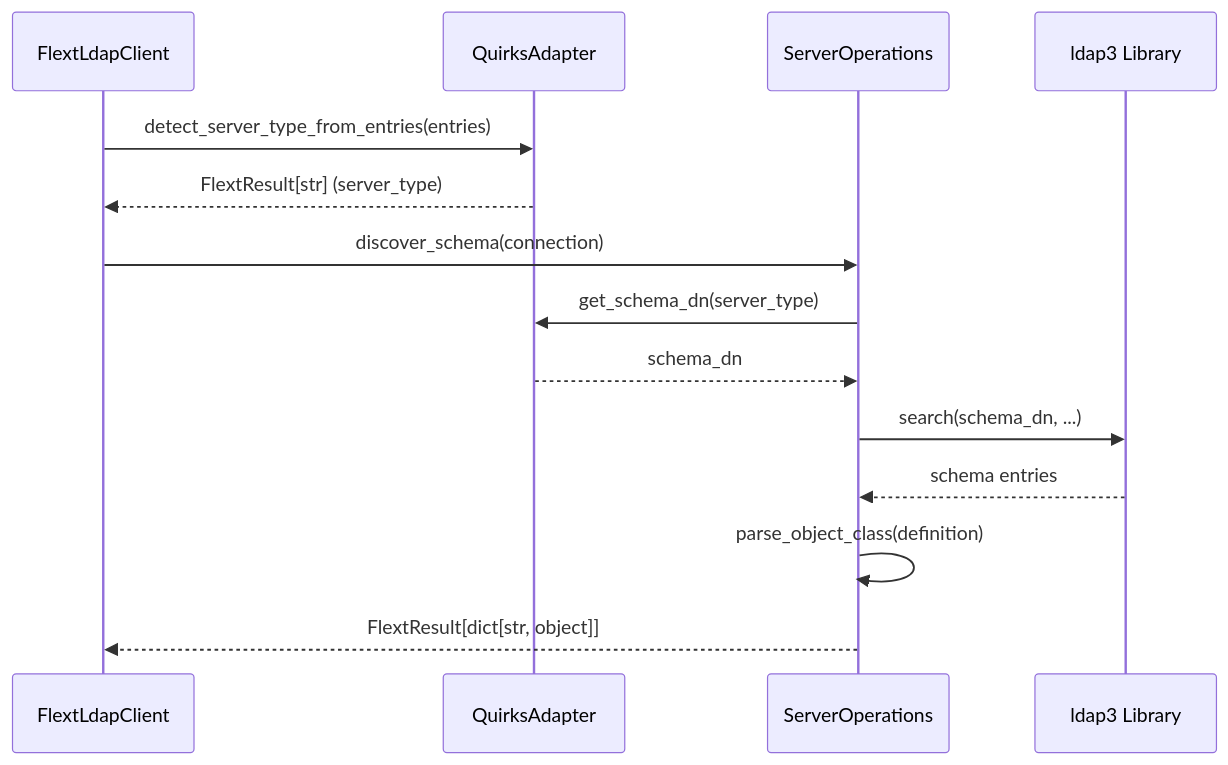
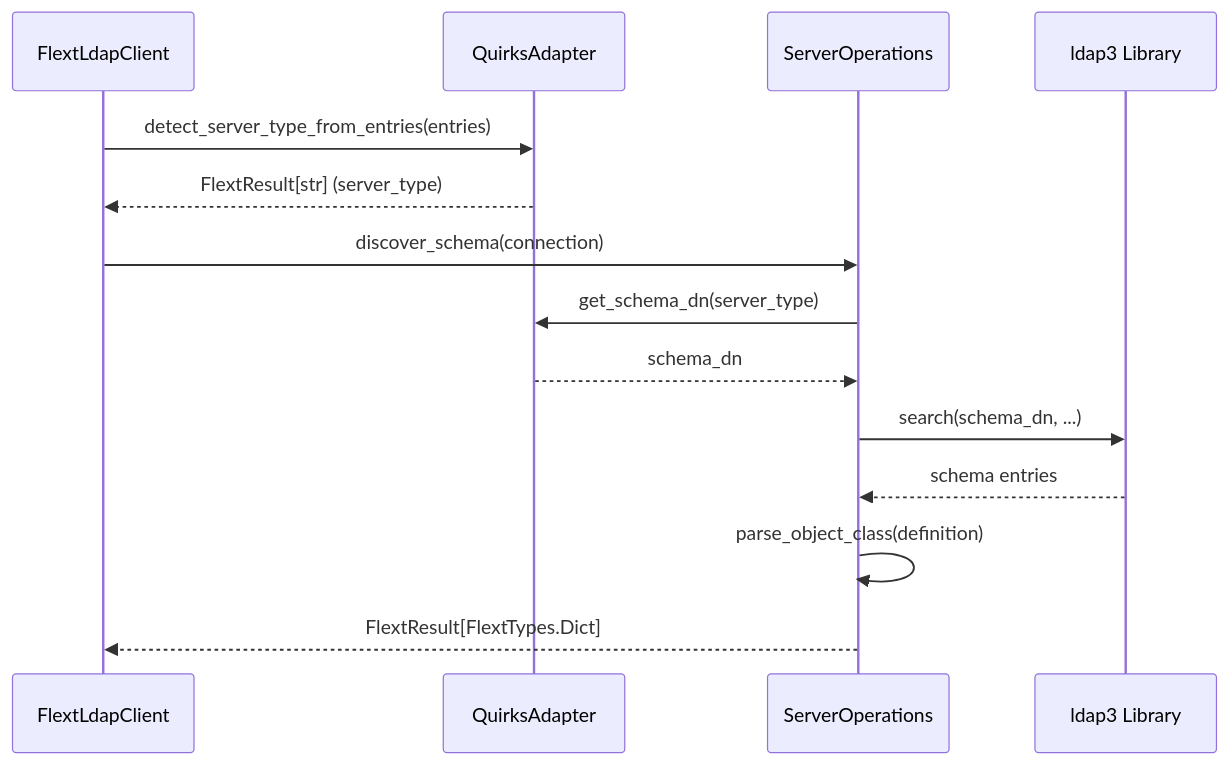
The second of 3 diagrams in docs/architecture.md (flext-sh/flext-ldap), drawn with Mermaid before and after one commit. The commit also changed other lines of this file and 57 other files, not shown here.

````diff
--- a/docs/architecture.md
+++ b/docs/architecture.md
@@ -250,17 +250,17 @@
 ```mermaid
 sequenceDiagram
     participant Client as FlextLdapClient
     participant Quirks as QuirksAdapter
     participant Ops as ServerOperations
     participant ldap3 as ldap3 Library
 
     Client->>Quirks: detect_server_type_from_entries(entries)
     Quirks-->>Client: FlextResult[str] (server_type)
     Client->>Ops: discover_schema(connection)
     Ops->>Quirks: get_schema_dn(server_type)
     Quirks-->>Ops: schema_dn
     Ops->>ldap3: search(schema_dn, ...)
     ldap3-->>Ops: schema entries
     Ops->>Ops: parse_object_class(definition)
-    Ops-->>Client: FlextResult[dict[str, object]]
+    Ops-->>Client: FlextResult[FlextTypes.Dict]
 ```
````
